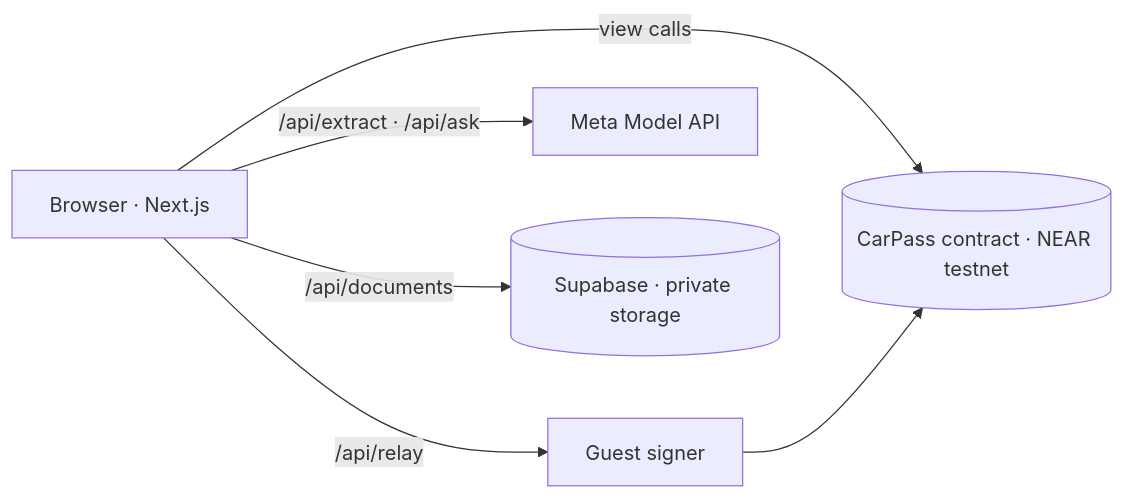
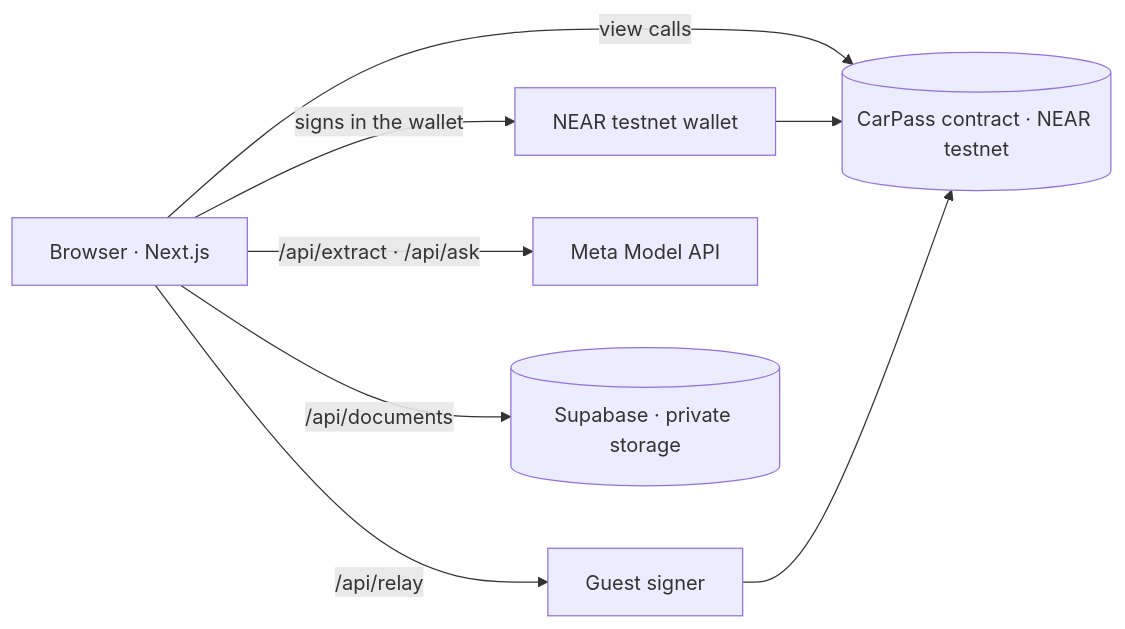
One commit to medomohamed22/Near_Agent changed the second of 2 diagrams in README.md. Above: the diagram before and after it, drawn with Mermaid. The commit also changed other lines of this file and 17 other files, not shown here.

````diff
--- a/README.md
+++ b/README.md
@@ -98,7 +103,8 @@
 ```mermaid
 flowchart LR
   B[Browser · Next.js] -- view calls --> C[(CarPass contract · NEAR testnet)]
+  B -- signs in the wallet --> W[NEAR testnet wallet] --> C
   B -- /api/relay --> R[Guest signer] --> C
   B -- /api/extract · /api/ask --> A[Meta Model API]
   B -- /api/documents --> S[(Supabase · private storage)]
 ```
````
